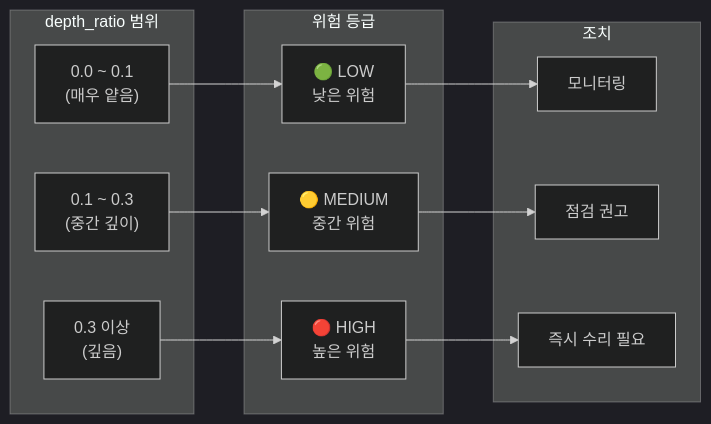
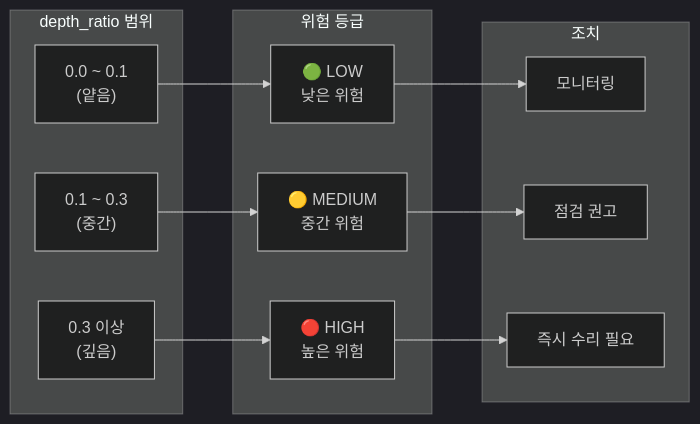
The fifth of 5 diagrams in README.md (2101070-LJI/pothole-detection-system), drawn with Mermaid (dark theme) before and after one commit. The commit also changed other lines of this file and 29 other files, not shown here.

First line of the commit message:
Clean up md files and fix mermaid diagrams

````diff
--- a/README.md
+++ b/README.md
@@ -177,24 +171,24 @@
 ```mermaid
 graph LR
     subgraph INPUT["depth_ratio 범위"]
-        A["0.0 ~ 0.1\n(매우 얕음)"]
-        B["0.1 ~ 0.3\n(중간 깊이)"]
+        A["0.0 ~ 0.1\n(얕음)"]
+        B["0.1 ~ 0.3\n(중간)"]
         C["0.3 이상\n(깊음)"]
     end
 
     subgraph RISK["위험 등급"]
         D["🟢 LOW\n낮은 위험"]
         E["🟡 MEDIUM\n중간 위험"]
         F["🔴 HIGH\n높은 위험"]
     end
 
     subgraph ACTION["조치"]
         G["모니터링"]
         H["점검 권고"]
         I["즉시 수리 필요"]
     end
 
     A --> D --> G
     B --> E --> H
     C --> F --> I
 ```
````
